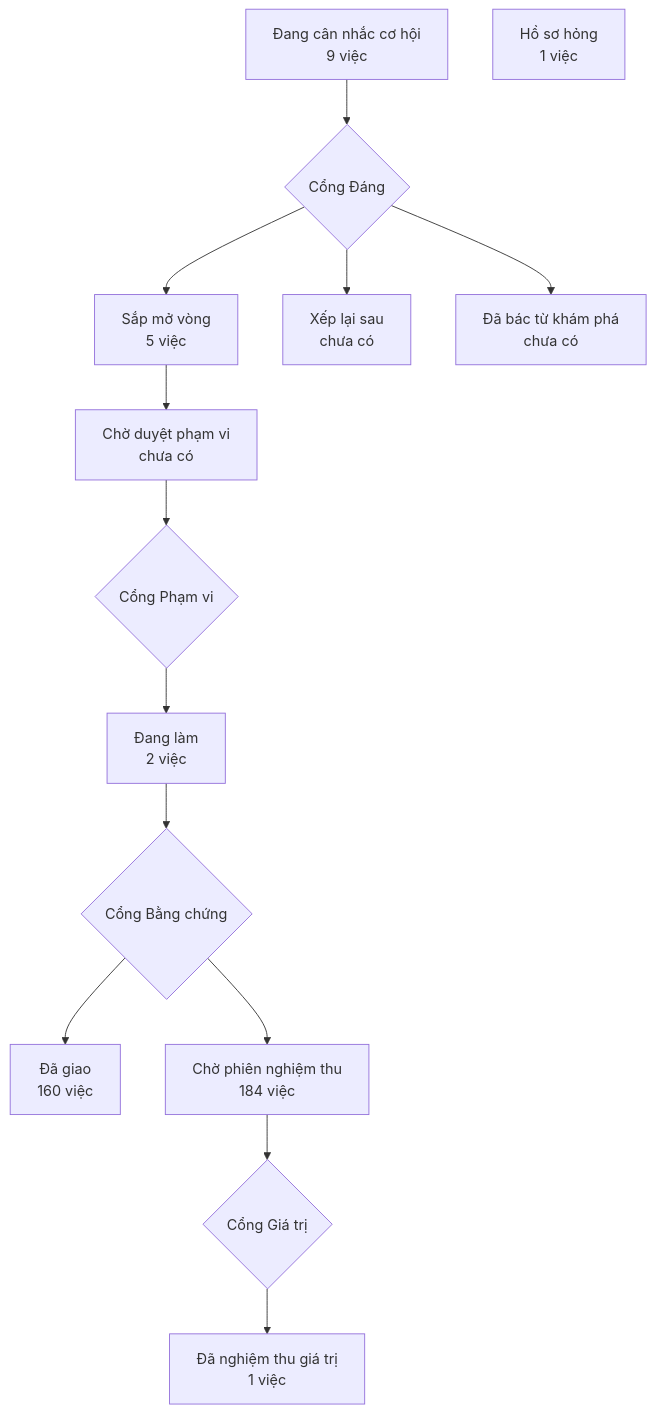
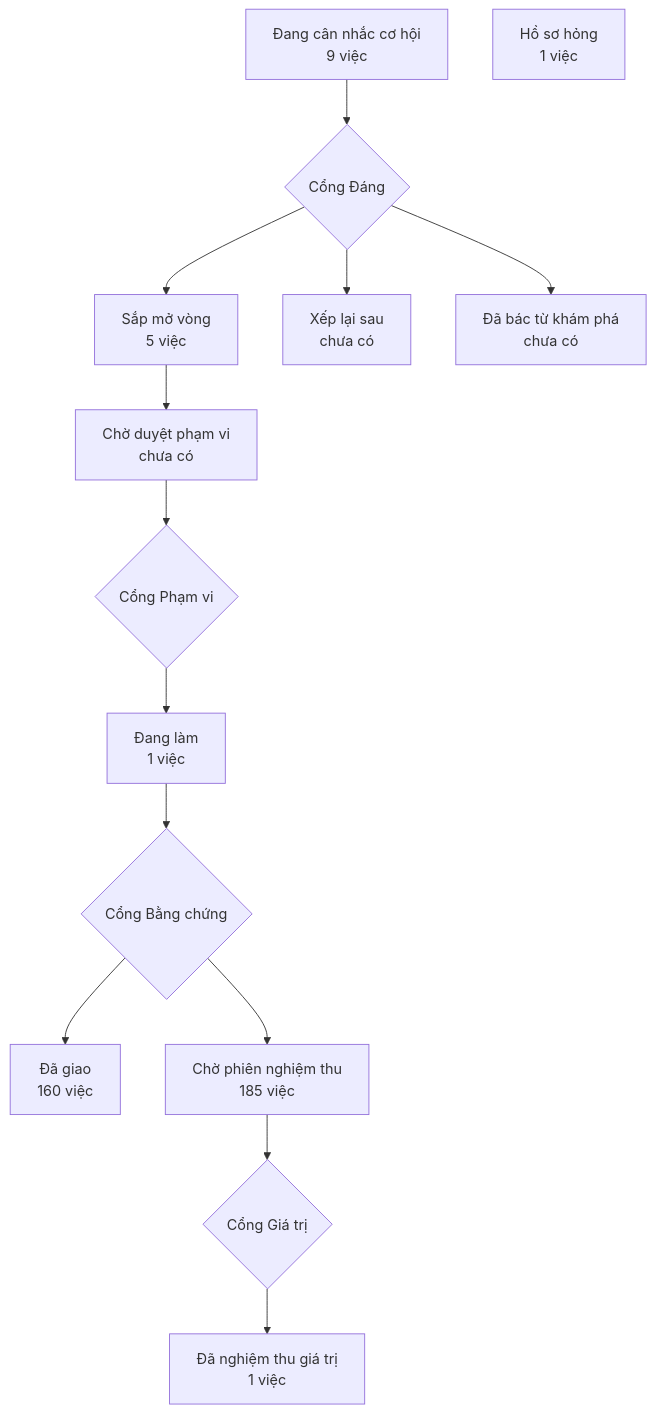
One commit to phanlemanh/crm-onehub changed the diagram in PRODUCT-MAP.md. Above: the diagram before and after it, drawn with Mermaid. The commit also changed 4 other files, not shown here.

````diff
--- a/PRODUCT-MAP.md
+++ b/PRODUCT-MAP.md
@@ -7,13 +7,13 @@
 ```mermaid
 flowchart TD
   A["Đang cân nhắc cơ hội<br/>9 việc"] --> GD{"Cổng Đáng"}
   GD --> B["Sắp mở vòng<br/>5 việc"]
   GD --> XL["Xếp lại sau<br/>chưa có"]
   GD --> DB["Đã bác từ khám phá<br/>chưa có"]
   B --> CD["Chờ duyệt phạm vi<br/>chưa có"] --> GP{"Cổng Phạm vi"}
-  GP --> DL["Đang làm<br/>2 việc"] --> GB{"Cổng Bằng chứng"}
+  GP --> DL["Đang làm<br/>1 việc"] --> GB{"Cổng Bằng chứng"}
   GB --> DG["Đã giao<br/>160 việc"]
-  GB --> CN["Chờ phiên nghiệm thu<br/>184 việc"] --> GG{"Cổng Giá trị"}
+  GB --> CN["Chờ phiên nghiệm thu<br/>185 việc"] --> GG{"Cổng Giá trị"}
   GG --> NT["Đã nghiệm thu giá trị<br/>1 việc"]
   HS["Hồ sơ hỏng<br/>1 việc"]
 ```
````
